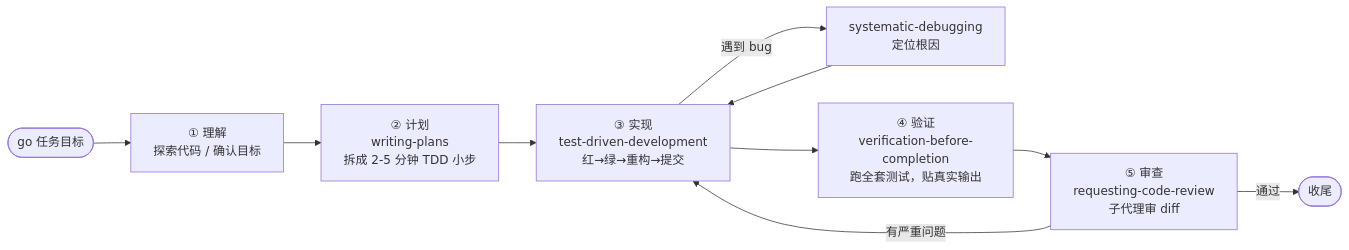
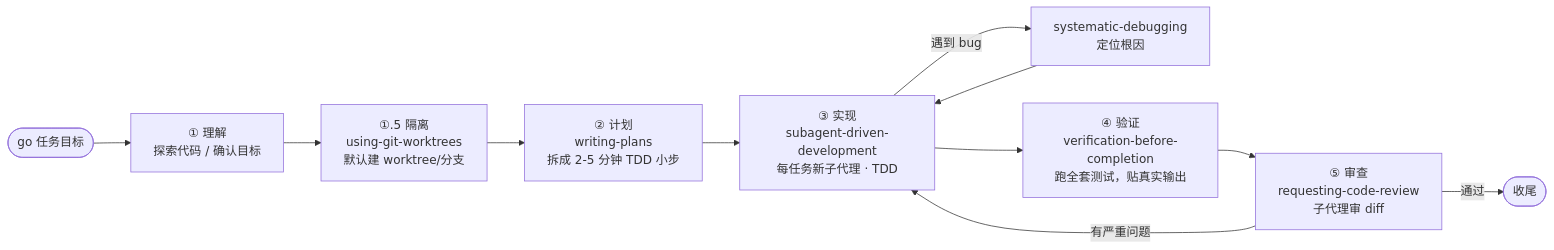
One commit to YachuanWzh/harness changed the fifth of 11 diagrams in 技术方案文档.md. Above: the diagram before and after it, drawn with Mermaid. The commit also changed other lines of this file and 1 other file, not shown here.

Commit message:
docs: document Isolate phase and subagent-driven implementation

````diff
--- a/技术方案文档.md
+++ b/技术方案文档.md
@@ -140,12 +140,13 @@
 ```mermaid
 flowchart LR
     G([go 任务目标]) --> P1["① 理解<br/>探索代码 / 确认目标"]
-    P1 --> P2["② 计划<br/>writing-plans<br/>拆成 2-5 分钟 TDD 小步"]
-    P2 --> P3["③ 实现<br/>test-driven-development<br/>红→绿→重构→提交"]
+    P1 --> P05["①.5 隔离<br/>using-git-worktrees<br/>默认建 worktree/分支"]
+    P05 --> P2["② 计划<br/>writing-plans<br/>拆成 2-5 分钟 TDD 小步"]
+    P2 --> P3["③ 实现<br/>subagent-driven-development<br/>每任务新子代理 · TDD"]
     P3 -->|遇到 bug| DBG["systematic-debugging<br/>定位根因"]
     DBG --> P3
     P3 --> P4["④ 验证<br/>verification-before-completion<br/>跑全套测试，贴真实输出"]
     P4 --> P5["⑤ 审查<br/>requesting-code-review<br/>子代理审 diff"]
     P5 -->|有严重问题| P3
     P5 -->|通过| DONE([收尾])
 ```
````
